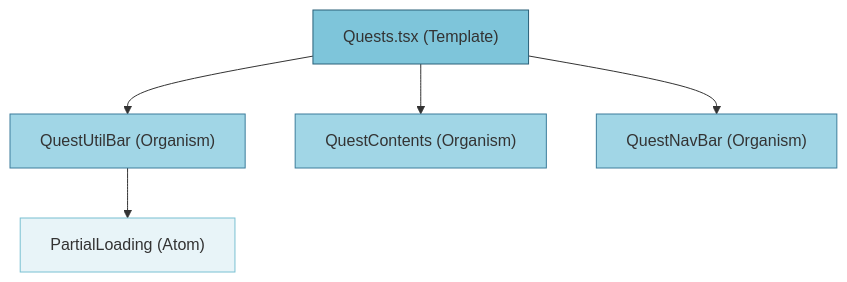
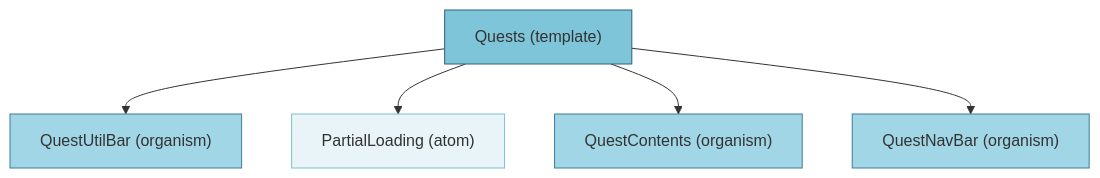
One commit to rs-ent/starglow changed the diagram in wiki/template-analysis/Quests.md. Above: the diagram before and after it, drawn with Mermaid. The commit also changed other lines of this file and 6 other files, not shown here.

````diff
--- a/wiki/template-analysis/Quests.md
+++ b/wiki/template-analysis/Quests.md
@@ -5,19 +5,19 @@
 ```mermaid
 graph TD
-    T["Quests.tsx (Template)"]
-    O1["QuestUtilBar (Organism)"]
-    O2["QuestContents (Organism)"]
-    O3["QuestNavBar (Organism)"]
-    A1["PartialLoading (Atom)"]
+    C1["Quests (template)"]
+    C2["QuestUtilBar (organism)"]
+    C3["PartialLoading (atom)"]
+    C4["QuestContents (organism)"]
+    C5["QuestNavBar (organism)"]
 
-    T --> O1
-    T --> O2
-    T --> O3
-    O1 --> A1
+    C1 --> C2
+    C1 --> C3
+    C1 --> C4
+    C1 --> C5
 
-    style T fill:#7ec5da,stroke:#2a6079
-    style O1 fill:#a1d6e6,stroke:#3c7d9b
-    style O2 fill:#a1d6e6,stroke:#3c7d9b
-    style O3 fill:#a1d6e6,stroke:#3c7d9b
-    style A1 fill:#e8f4f8,stroke:#79c0d2
+    style C1 fill:#7ec5da,stroke:#2a6079
+    style C2 fill:#a1d6e6,stroke:#3c7d9b
+    style C3 fill:#e8f4f8,stroke:#79c0d2
+    style C4 fill:#a1d6e6,stroke:#3c7d9b
+    style C5 fill:#a1d6e6,stroke:#3c7d9b
 ```
````
